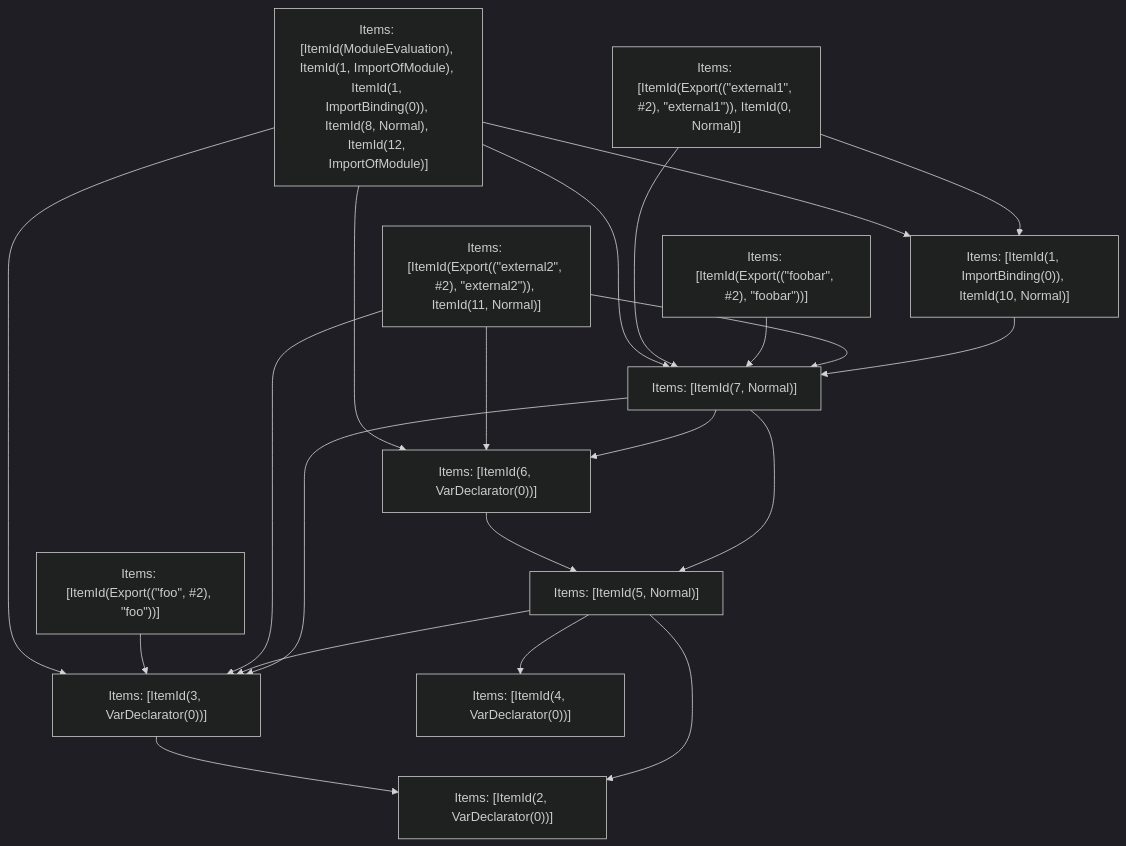
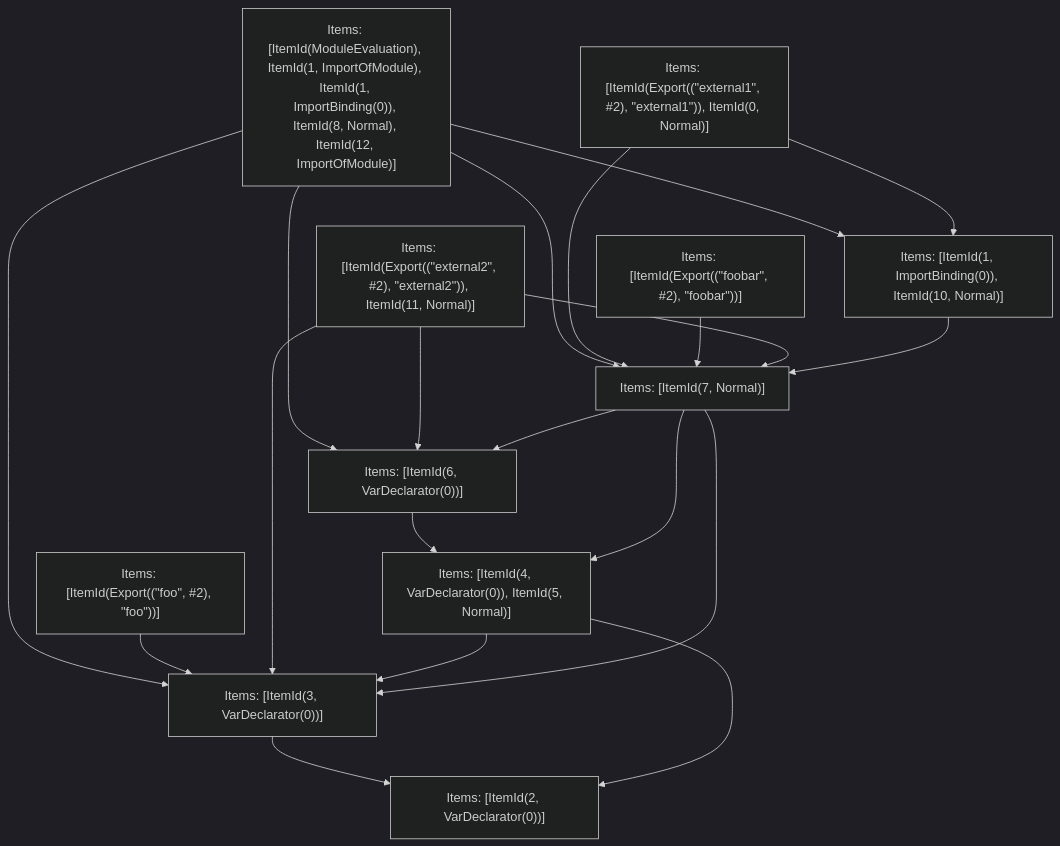
The fifth of 5 diagrams in crates/turbopack-ecmascript/tests/tree-shaker/analyzer/2/output.md (vercel/turborepo), drawn with Mermaid (dark theme) before and after one commit. The commit also changed other lines of this file and 38 other files, not shown here.

````diff
--- a/crates/turbopack-ecmascript/tests/tree-shaker/analyzer/2/output.md
+++ b/crates/turbopack-ecmascript/tests/tree-shaker/analyzer/2/output.md
@@ -348,35 +348,33 @@
 ```mermaid
 graph TD
     N0["Items: [ItemId(ModuleEvaluation), ItemId(1, ImportOfModule), ItemId(1, ImportBinding(0)), ItemId(8, Normal), ItemId(12, ImportOfModule)]"];
     N1["Items: [ItemId(Export((&quot;external1&quot;, #2), &quot;external1&quot;)), ItemId(0, Normal)]"];
     N2["Items: [ItemId(Export((&quot;foobar&quot;, #2), &quot;foobar&quot;))]"];
     N3["Items: [ItemId(Export((&quot;foo&quot;, #2), &quot;foo&quot;))]"];
     N4["Items: [ItemId(Export((&quot;external2&quot;, #2), &quot;external2&quot;)), ItemId(11, Normal)]"];
     N5["Items: [ItemId(2, VarDeclarator(0))]"];
     N6["Items: [ItemId(3, VarDeclarator(0))]"];
-    N7["Items: [ItemId(4, VarDeclarator(0))]"];
-    N8["Items: [ItemId(5, Normal)]"];
-    N9["Items: [ItemId(6, VarDeclarator(0))]"];
-    N10["Items: [ItemId(7, Normal)]"];
-    N11["Items: [ItemId(1, ImportBinding(0)), ItemId(10, Normal)]"];
+    N7["Items: [ItemId(4, VarDeclarator(0)), ItemId(5, Normal)]"];
+    N8["Items: [ItemId(6, VarDeclarator(0))]"];
+    N9["Items: [ItemId(7, Normal)]"];
+    N10["Items: [ItemId(1, ImportBinding(0)), ItemId(10, Normal)]"];
+    N0 --> N8;
+    N0 --> N10;
     N0 --> N9;
-    N0 --> N11;
-    N0 --> N10;
     N0 --> N6;
-    N1 --> N11;
     N1 --> N10;
-    N2 --> N10;
+    N1 --> N9;
+    N2 --> N9;
     N3 --> N6;
     N4 --> N6;
+    N4 --> N8;
     N4 --> N9;
-    N4 --> N10;
     N6 --> N5;
+    N7 --> N5;
+    N7 --> N6;
     N8 --> N7;
-    N8 --> N5;
-    N8 --> N6;
+    N9 --> N7;
+    N9 --> N6;
     N9 --> N8;
-    N10 --> N8;
-    N10 --> N6;
     N10 --> N9;
-    N11 --> N10;
 ```
````
